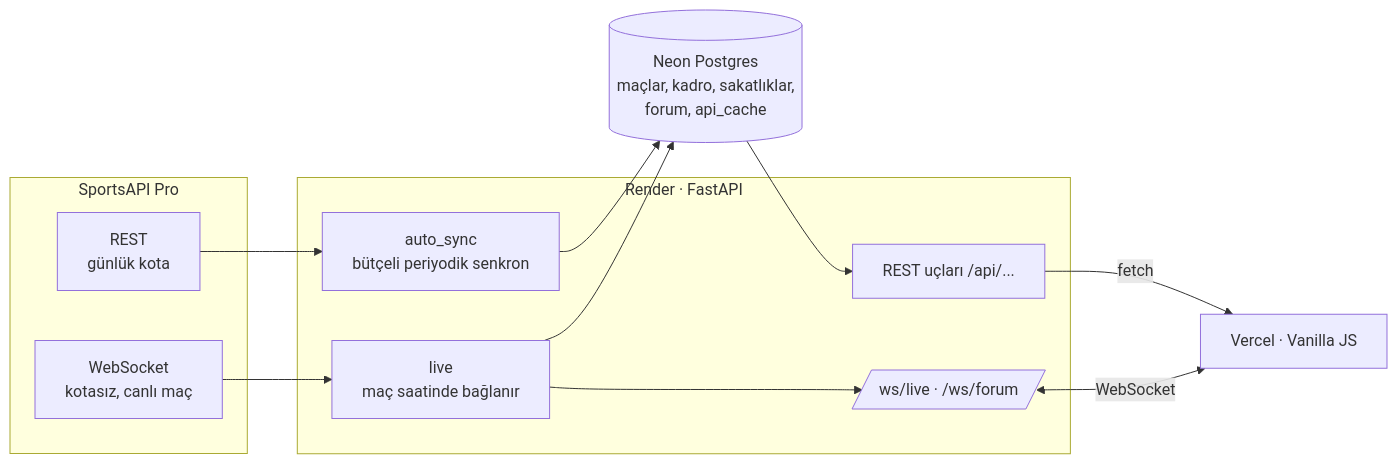
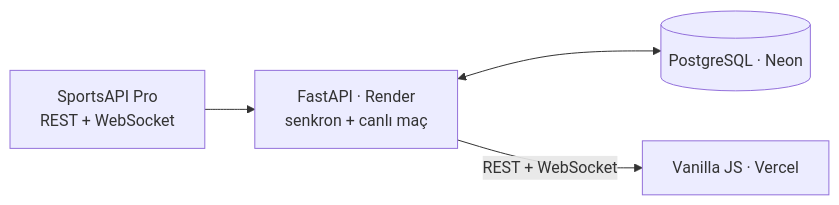
The diagram in README.md (kutluktaskin/FenerHub), drawn with Mermaid before and after one commit. The commit also changed other lines of this file and 1 other file, not shown here.

````diff
--- a/README.md
+++ b/README.md
@@ -56,22 +33,6 @@
 ```mermaid
 flowchart LR
-    subgraph Kaynak["SportsAPI Pro"]
-        REST[REST<br/>günlük kota]
-        WS[WebSocket<br/>kotasız, canlı maç]
-    end
-    subgraph Render["Render · FastAPI"]
-        SYNC[auto_sync<br/>bütçeli periyodik senkron]
-        LIVE[live<br/>maç saatinde bağlanır]
-        API[REST uçları /api/...]
-        HUB[/ws/live · /ws/forum/]
-    end
-    DB[(Neon Postgres<br/>maçlar, kadro, sakatlıklar,<br/>forum, api_cache)]
-    WEB[Vercel · Vanilla JS]
-
-    REST --> SYNC --> DB
-    WS --> LIVE --> DB
-    LIVE --> HUB
-    DB --> API
-    API -->|fetch| WEB
-    HUB <-->|WebSocket| WEB
+    SA[SportsAPI Pro<br/>REST + WebSocket] --> BE[FastAPI · Render<br/>senkron + canlı maç]
+    BE <--> DB[(PostgreSQL · Neon)]
+    BE -->|REST + WebSocket| FE[Vanilla JS · Vercel]
 ```
````
